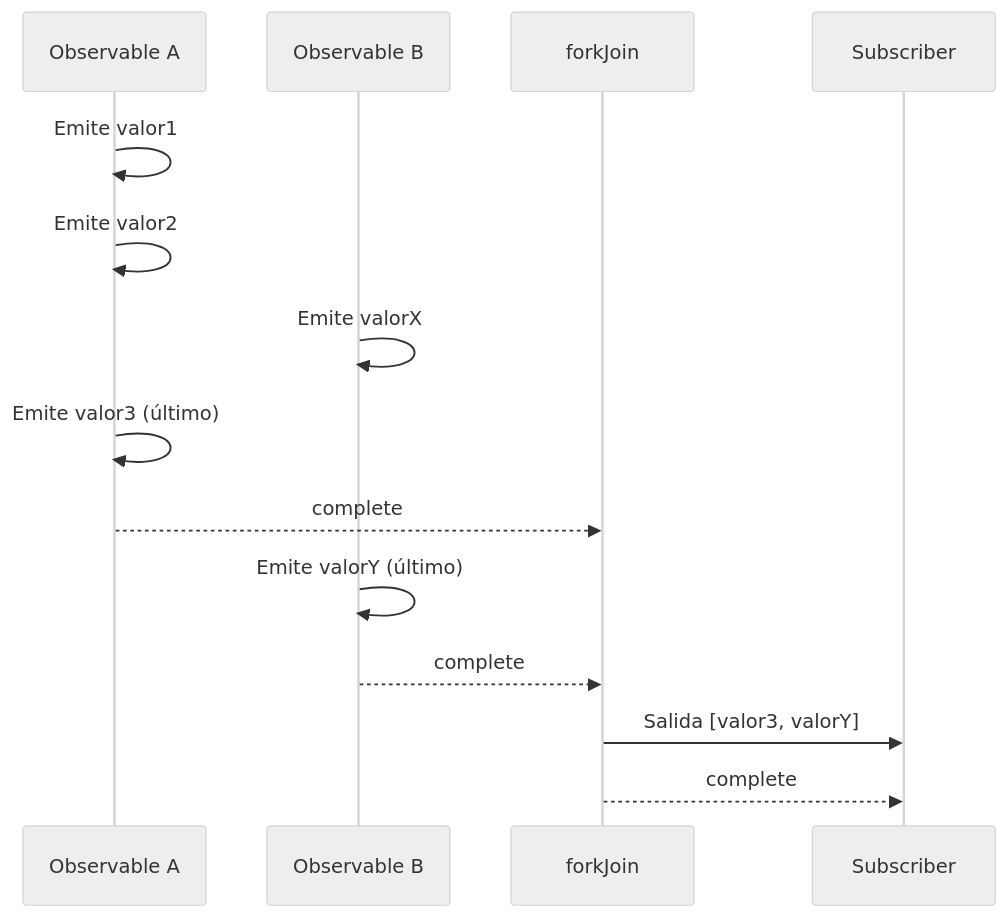
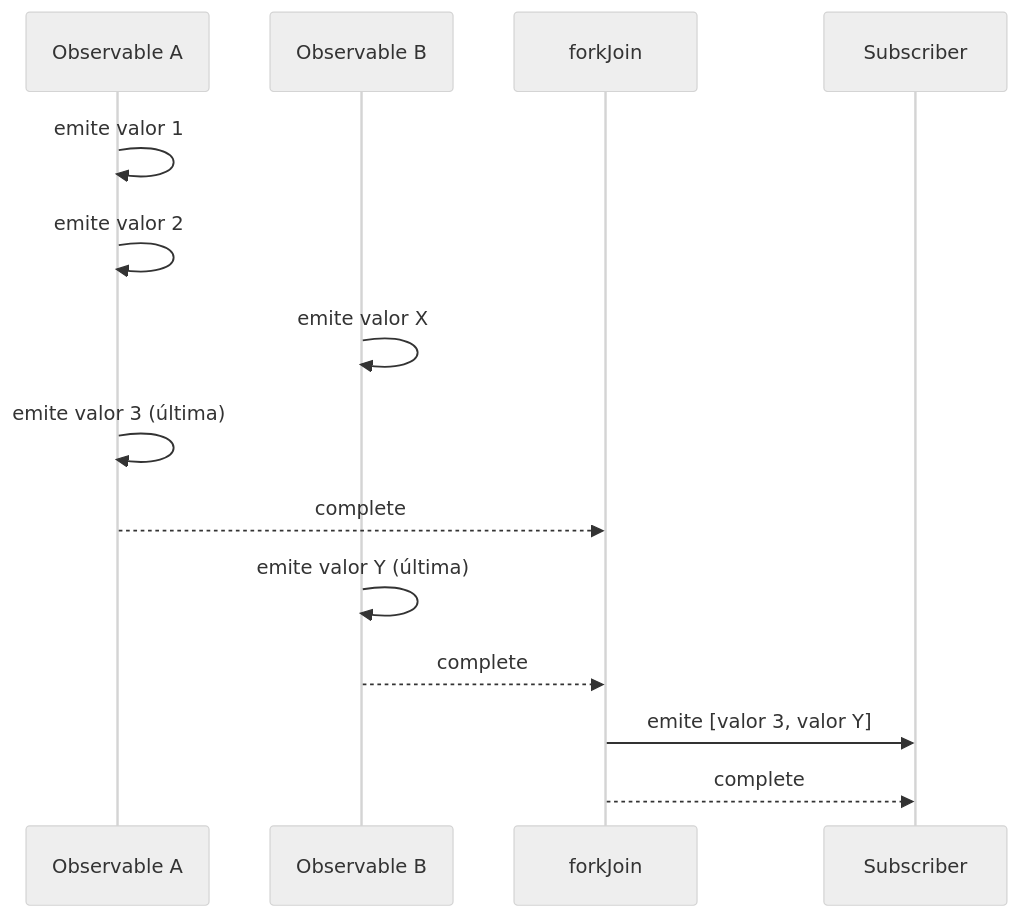
The first of 4 diagrams in docs/es/guide/creation-functions/combination/forkJoin-vs-combineLatest.md (shuji-bonji/RxJS-with-TypeScript), drawn with Mermaid (neutral theme) before and after one commit. The commit also changed other lines of this file and 6 other files, not shown here.

````diff
--- a/docs/es/guide/creation-functions/combination/forkJoin-vs-combineLatest.md
+++ b/docs/es/guide/creation-functions/combination/forkJoin-vs-combineLatest.md
@@ -34,17 +35,17 @@
 ```mermaid
 sequenceDiagram
     participant A as Observable A
     participant B as Observable B
     participant F as forkJoin
     participant S as Subscriber
 
-    A->>A: Emite valor1
-    A->>A: Emite valor2
-    B->>B: Emite valorX
-    A->>A: Emite valor3 (último)
+    A->>A: emite valor 1
+    A->>A: emite valor 2
+    B->>B: emite valor X
+    A->>A: emite valor 3 (última)
     A-->>F: complete
-    B->>B: Emite valorY (último)
+    B->>B: emite valor Y (última)
     B-->>F: complete
-    F->>S: Salida [valor3, valorY]
+    F->>S: emite [valor 3, valor Y]
     F-->>S: complete
 ```
````
